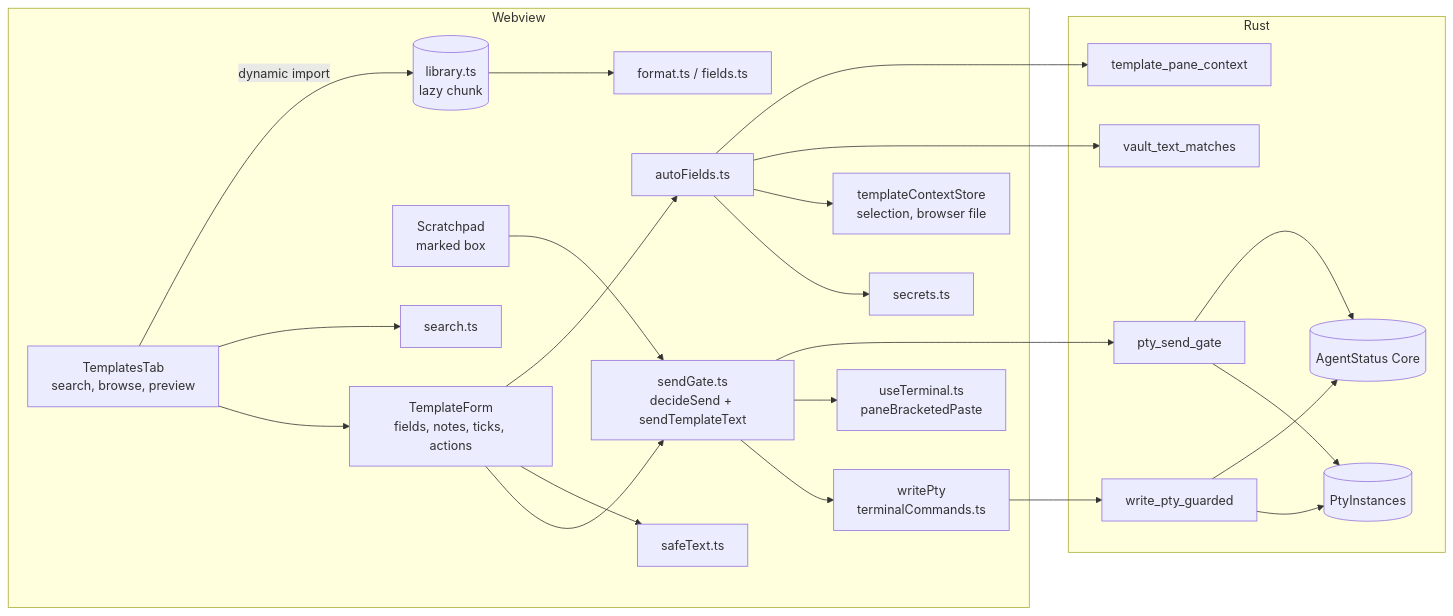
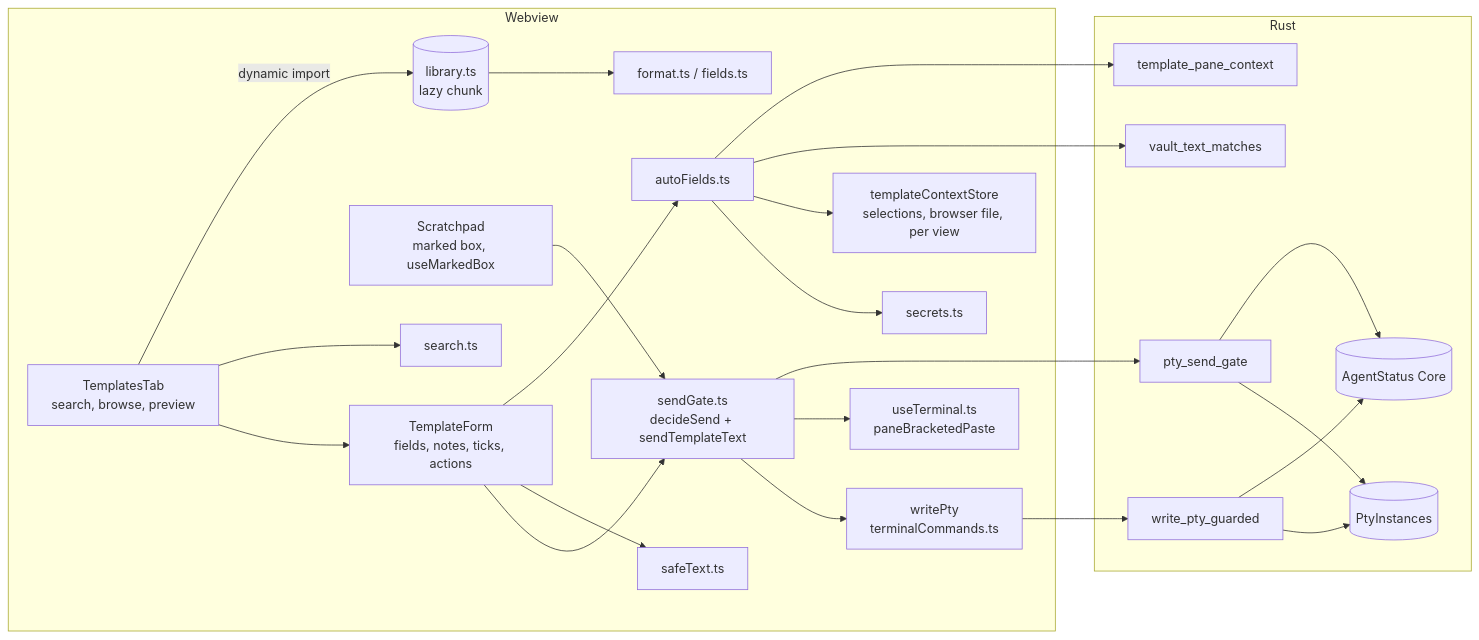
One commit to alvin-reyes/better-agentic-ide changed the first of 3 diagrams in docs/superpowers/specs/2026-11-10-prompt-templates-design.md. Above: the diagram before and after it, drawn with Mermaid. The commit also changed other lines of this file and 5 other files, not shown here.

````diff
--- a/docs/superpowers/specs/2026-11-10-prompt-templates-design.md
+++ b/docs/superpowers/specs/2026-11-10-prompt-templates-design.md
@@ -24,46 +28,46 @@
 ```mermaid
 flowchart LR
   subgraph Webview
     TT[TemplatesTab<br/>search, browse, preview]
     TF[TemplateForm<br/>fields, notes, ticks, actions]
-    SP[Scratchpad<br/>marked box]
+    SP[Scratchpad<br/>marked box, useMarkedBox]
     LIB[(library.ts<br/>lazy chunk)]
     FMT[format.ts / fields.ts]
     SAFE[safeText.ts]
     SEC[secrets.ts]
     SRCH[search.ts]
     AUTO[autoFields.ts]
-    CTX[templateContextStore<br/>selection, browser file]
+    CTX[templateContextStore<br/>selections, browser file, per view]
     GATE[sendGate.ts<br/>decideSend + sendTemplateText]
     WP[writePty<br/>terminalCommands.ts]
     UT[useTerminal.ts<br/>paneBracketedPaste]
   end
   subgraph Rust
     SG[pty_send_gate]
     WG[write_pty_guarded]
     PC[template_pane_context]
     VM[vault_text_matches]
     AS[(AgentStatus Core)]
     PTY[(PtyInstances)]
   end
   TT -->|dynamic import| LIB
   LIB --> FMT
   TT --> SRCH
   TT --> TF
   TF --> AUTO
   AUTO --> PC
   AUTO --> VM
   AUTO --> CTX
   AUTO --> SEC
   TF --> SAFE
   TF --> GATE
   SP --> GATE
   GATE --> SG
   GATE --> UT
   GATE --> WP
   WP --> WG
   SG --> AS
   SG --> PTY
   WG --> AS
   WG --> PTY
 ```
````
